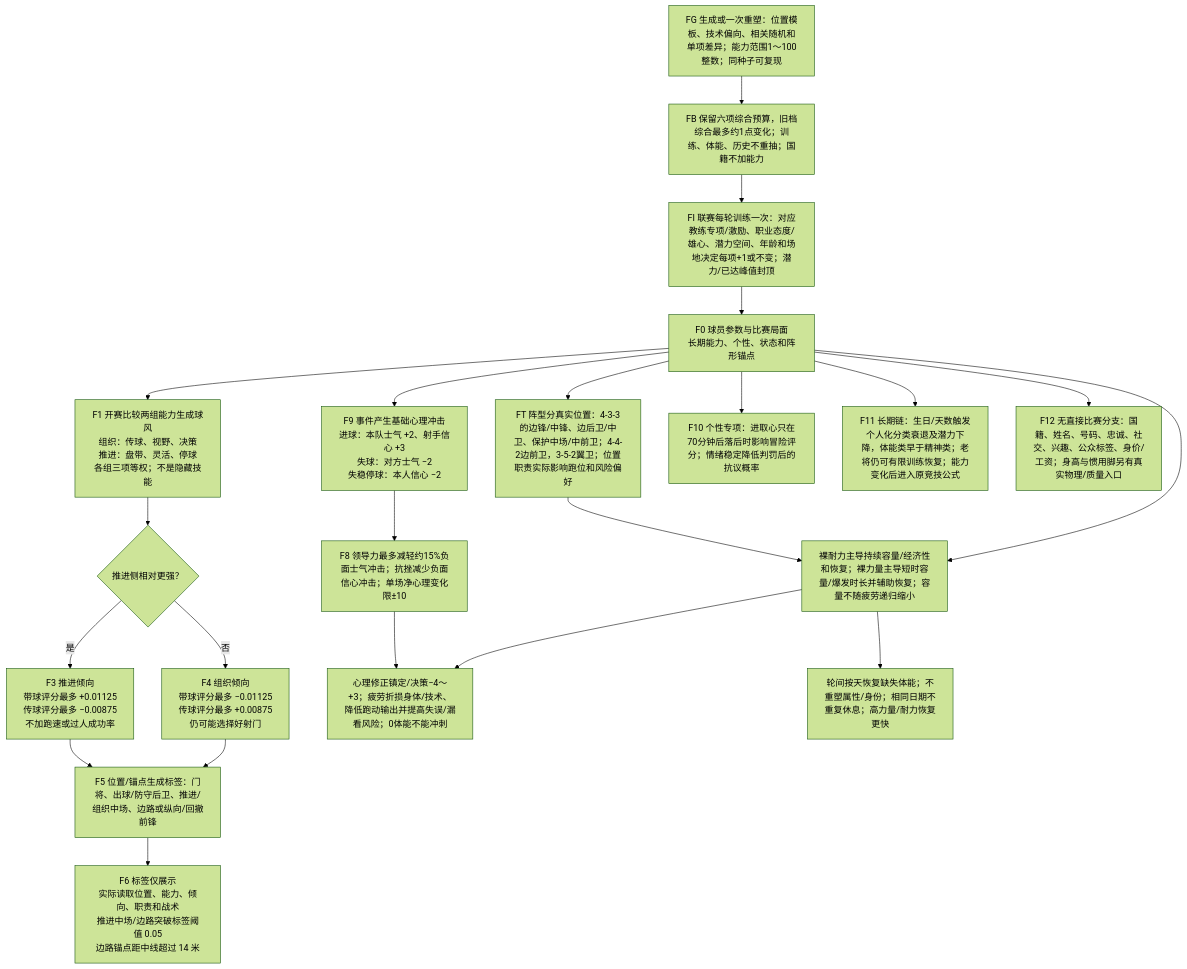
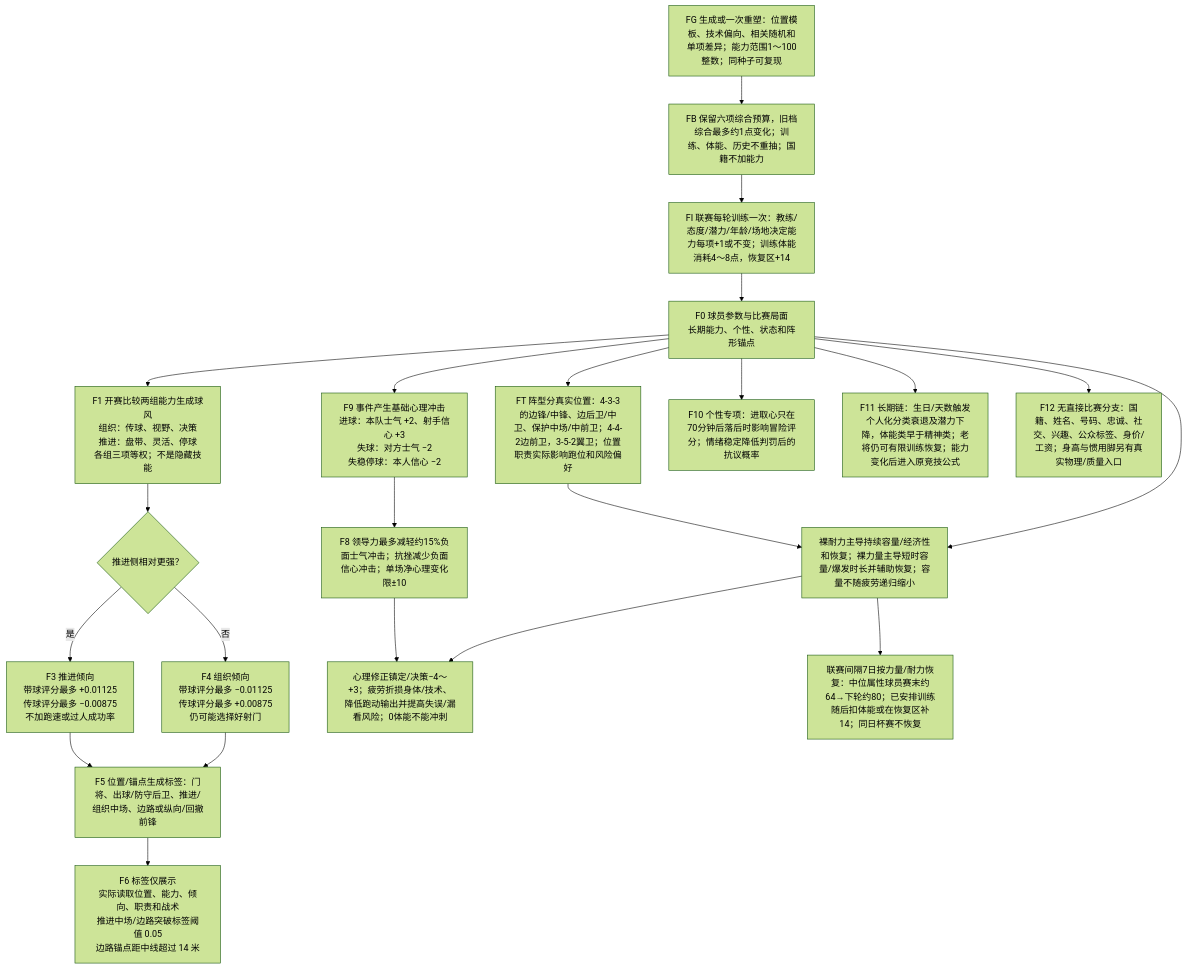
One commit to sixu3575/touchline-manager changed the sixth of 7 diagrams in packages/shared/modules/matches/design/PLAYER_DECISION_MAP.md. Above: the diagram before and after it, drawn with Mermaid (forest theme). The commit also changed other lines of this file and 23 other files, not shown here.

````diff
--- a/packages/shared/modules/matches/design/PLAYER_DECISION_MAP.md
+++ b/packages/shared/modules/matches/design/PLAYER_DECISION_MAP.md
@@ -245,24 +246,24 @@
 ```mermaid
 flowchart TD
   FG["FG 生成或一次重塑：位置模板、技术偏向、相关随机和单项差异；能力范围1～100整数；同种子可复现"] --> FB["FB 保留六项综合预算，旧档综合最多约1点变化；训练、体能、历史不重抽；国籍不加能力"]
-  FB --> FI["FI 联赛每轮训练一次：对应教练专项/激励、职业态度/雄心、潜力空间、年龄和场地决定每项+1或不变；潜力/已达峰值封顶"]
+  FB --> FI["FI 联赛每轮训练一次：教练/态度/潜力/年龄/场地决定能力每项+1或不变；训练体能消耗4～8点，恢复区+14"]
   FI --> F0
   F0["F0 球员参数与比赛局面<br/>长期能力、个性、状态和阵形锚点"] --> F1["F1 开赛比较两组能力生成球风<br/>组织：传球、视野、决策<br/>推进：盘带、灵活、停球<br/>各组三项等权；不是隐藏技能"]
   F1 --> F2{"推进侧相对更强？"}
   F2 -->|是| F3["F3 推进倾向<br/>带球评分最多 +0.01125<br/>传球评分最多 −0.00875<br/>不加跑速或过人成功率"]
   F2 -->|否| F4["F4 组织倾向<br/>带球评分最多 −0.01125<br/>传球评分最多 +0.00875<br/>仍可能选择好射门"]
   F3 --> F5["F5 位置/锚点生成标签：门将、出球/防守后卫、推进/组织中场、边路或纵向/回撤前锋"]
   F4 --> F5
   F5 --> F6["F6 标签仅展示<br/>实际读取位置、能力、倾向、职责和战术<br/>推进中场/边路突破标签阈值 0.05<br/>边路锚点距中线超过 14 米"]
   F0 --> FT["FT 阵型分真实位置：4-3-3的边锋/中锋、边后卫/中卫、保护中场/中前卫；4-4-2边前卫，3-5-2翼卫；位置职责实际影响跑位和风险偏好"]
   FT --> FP["FP 战术决定配合职责与候选收益；能力决定能否及时到位、技术质量与个人选择；球风标签仍不提供额外能力"]
   F0 --> F9["F9 事件产生基础心理冲击<br/>进球：本队士气 +2、射手信心 +3<br/>失球：对方士气 −2<br/>失稳停球：本人信心 −2"]
   F9 --> F8["F8 领导力最多减轻约15%负面士气冲击；抗挫减少负面信心冲击；单场净心理变化限±10"]
   F8 --> F7["心理修正镇定/决策−4～+3；疲劳折损身体/技术、降低跑动输出并提高失误/漏看风险；0体能不能冲刺"]
   F0 --> FP["裸耐力主导持续容量/经济性和恢复；裸力量主导短时容量/爆发时长并辅助恢复；容量不随疲劳递归缩小"]
   FP --> F7
-  FP --> FR["轮间按天恢复缺失体能；不重塑属性/身份；相同日期不重复休息；高力量/耐力恢复更快"]
+  FP --> FR["联赛间隔7日按力量/耐力恢复：中位属性球员赛末约64→下轮约80；已安排训练随后扣体能或在恢复区补14；同日杯赛不恢复"]
   F0 --> F10["F10 个性专项：进取心只在70分钟后落后时影响冒险评分；情绪稳定降低判罚后的抗议概率"]
   F0 --> F11["F11 长期链：生日/天数触发个人化分类衰退及潜力下降，体能类早于精神类；老将仍可有限训练恢复；能力变化后进入原竞技公式"]
   F0 --> F12["F12 无直接比赛分支：国籍、姓名、号码、忠诚、社交、兴趣、公众标签、身价/工资；身高与惯用脚另有真实物理/质量入口"]
 ```
````
